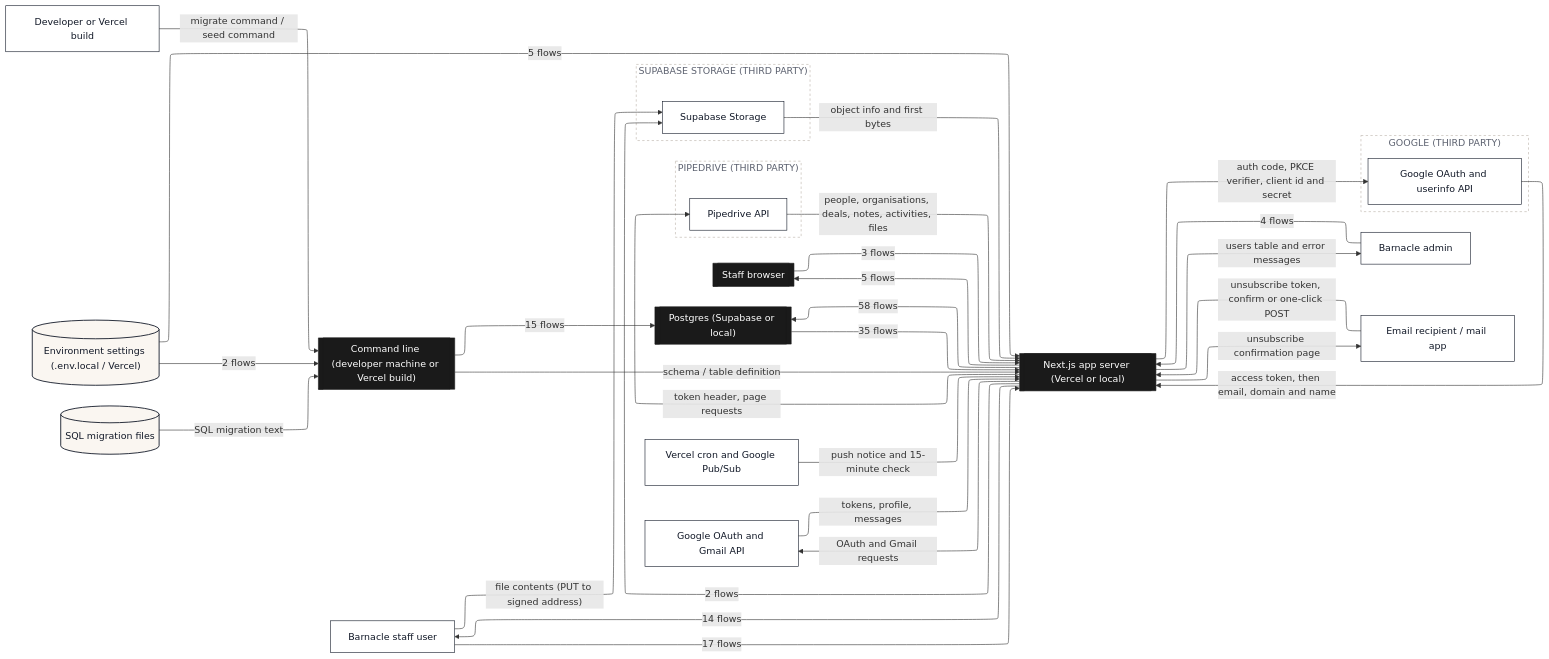
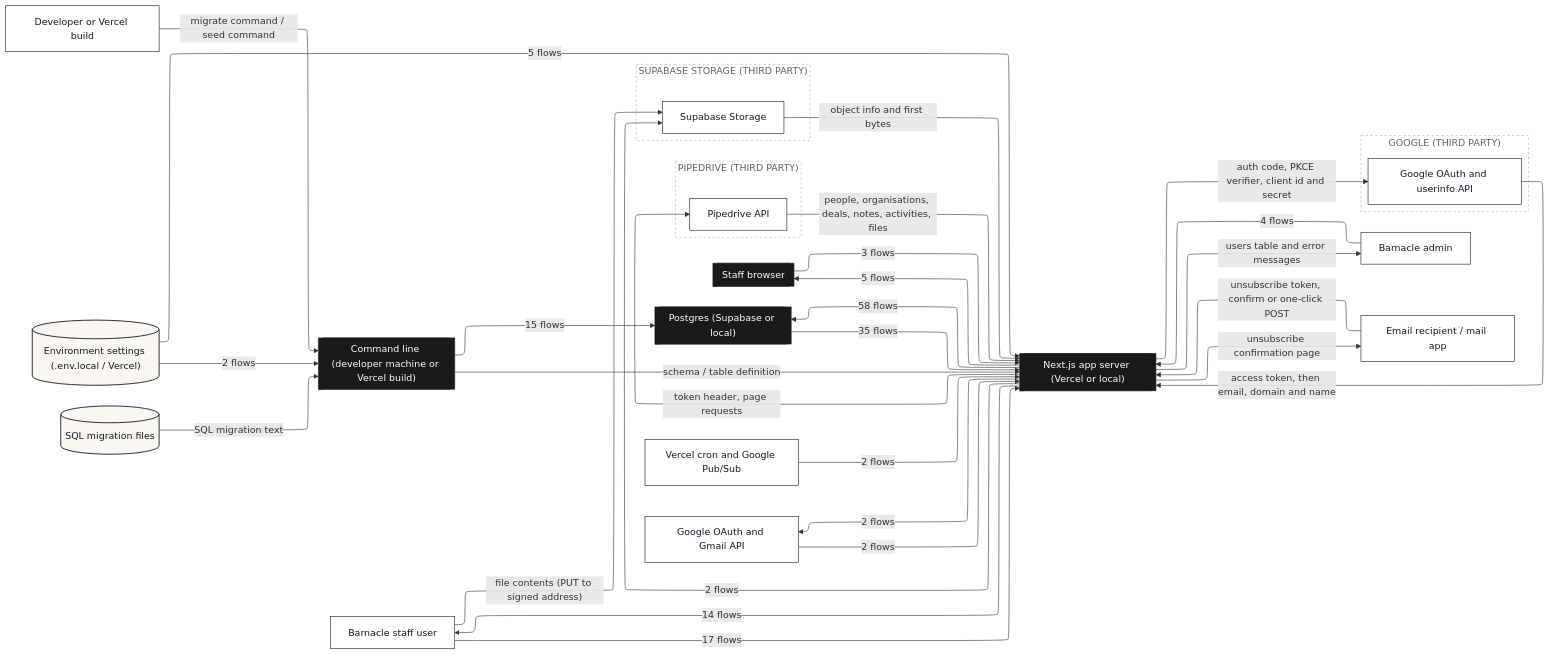
Before and after one commit to Romain-Perche/Barnacle-Pipe: the second of 16 diagrams in dataflow/DATAFLOW.md, drawn with Mermaid. The commit also changed other lines of this file and 9 other files, not shown here.

````diff
--- a/dataflow/DATAFLOW.md
+++ b/dataflow/DATAFLOW.md
@@ -155,66 +156,66 @@
 ```mermaid
 ---
 config:
   layout: elk
 ---
 flowchart LR
     n1[["Next.js app server (Vercel or local)"]]
     n2[["Staff browser"]]
     n3[["Command line (developer machine or Vercel build)"]]
     n4[["Postgres (Supabase or local)"]]
     n5["Barnacle admin"]
     n6["Vercel cron and Google Pub/Sub"]
     n7["Developer or Vercel build"]
     n8["Email recipient / mail app"]
     n9[("Environment settings (.env.local / Vercel)")]
     n10["Google OAuth and Gmail API"]
     n11[("SQL migration files")]
     n12["Barnacle staff user"]
     subgraph z1["GOOGLE (THIRD PARTY)"]
         n13["Google OAuth and userinfo API"]
     end
     subgraph z2["PIPEDRIVE (THIRD PARTY)"]
         n14["Pipedrive API"]
     end
     subgraph z3["SUPABASE STORAGE (THIRD PARTY)"]
         n15["Supabase Storage"]
     end
     n1 -->|"58 flows"| n4
     n1 -->|"14 flows"| n12
     n4 -->|"35 flows"| n1
     n5 -->|"4 flows"| n1
     n2 -->|"3 flows"| n1
-    n6 -->|"push notice and 15-minute check"| n1
+    n1 -->|"2 flows"| n10
+    n6 -->|"2 flows"| n1
     n7 -->|"migrate command / seed command"| n3
     n8 -->|"unsubscribe token, confirm or one-click POST"| n1
     n9 -->|"5 flows"| n1
     n9 -->|"2 flows"| n3
     n1 -->|"5 flows"| n2
     n1 -->|"2 flows"| n15
-    n10 -->|"tokens, profile, messages"| n1
-    n1 -->|"OAuth and Gmail requests"| n10
+    n10 -->|"2 flows"| n1
     n1 -->|"auth code, PKCE verifier, client id and secret"| n13
     n13 -->|"access token, then email, domain and name"| n1
     n3 -->|"15 flows"| n4
     n3 -->|"schema / table definition"| n1
     n11 -->|"SQL migration text"| n3
     n14 -->|"people, organisations, deals, notes, activities, files"| n1
     n1 -->|"token header, page requests"| n14
     n12 -->|"17 flows"| n1
     n12 -->|"file contents (PUT to signed address)"| n15
     n15 -->|"object info and first bytes"| n1
     n1 -->|"unsubscribe confirmation page"| n8
     n1 -->|"users table and error messages"| n5
     classDef actor fill:#FFFFFF,stroke:#111827,stroke-width:1px,color:#111827
     classDef process fill:#EDEAFF,stroke:#2B00FF,stroke-width:1.5px,color:#111827
     classDef store fill:#FAF6F1,stroke:#111827,stroke-width:1.5px,color:#111827
     classDef zone fill:#1A1A1A,stroke:#1A1A1A,color:#FFFFFF
     classDef group fill:#2B00FF,stroke:#2B00FF,color:#FFFFFF
     classDef stub fill:#FFFFFF,stroke:#2B00FF,stroke-width:1.5px,stroke-dasharray:5 4,color:#2B00FF
     class n5,n6,n7,n8,n10,n12,n13,n14,n15 actor
     class n9,n11 store
     class n1,n2,n3,n4 zone
     style z1 fill:#FFFFFF,stroke:#B9B2A8,stroke-dasharray:4 4,color:#5D6270
     style z2 fill:#FFFFFF,stroke:#B9B2A8,stroke-dasharray:4 4,color:#5D6270
     style z3 fill:#FFFFFF,stroke:#B9B2A8,stroke-dasharray:4 4,color:#5D6270
 ```
````
